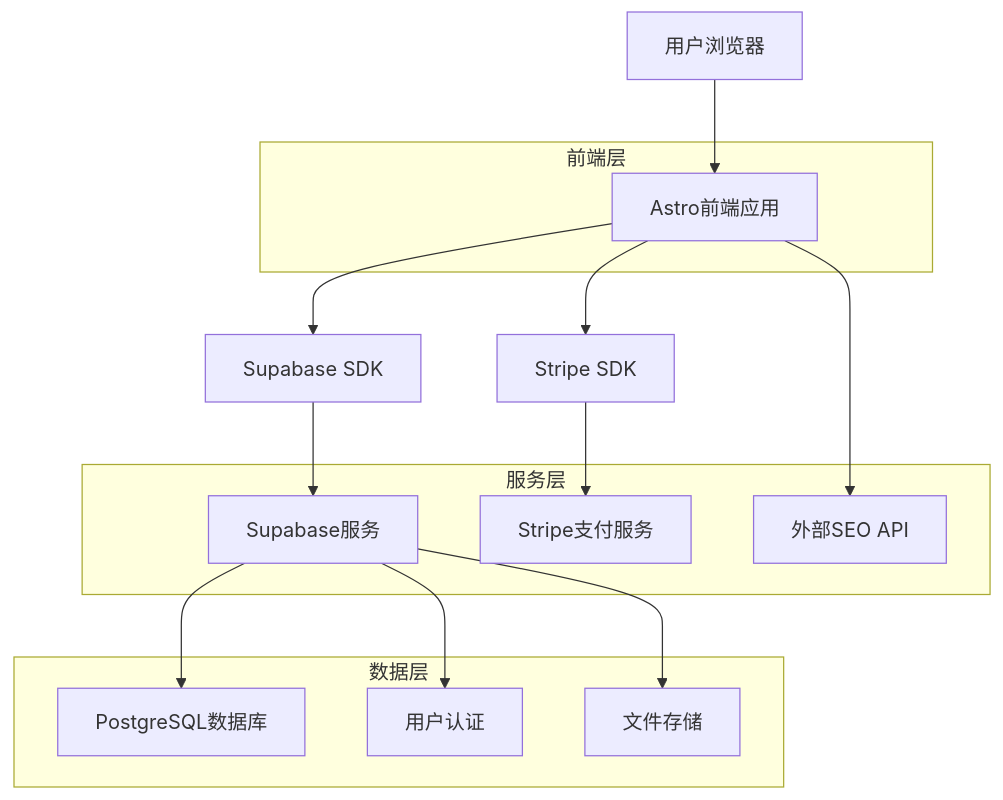
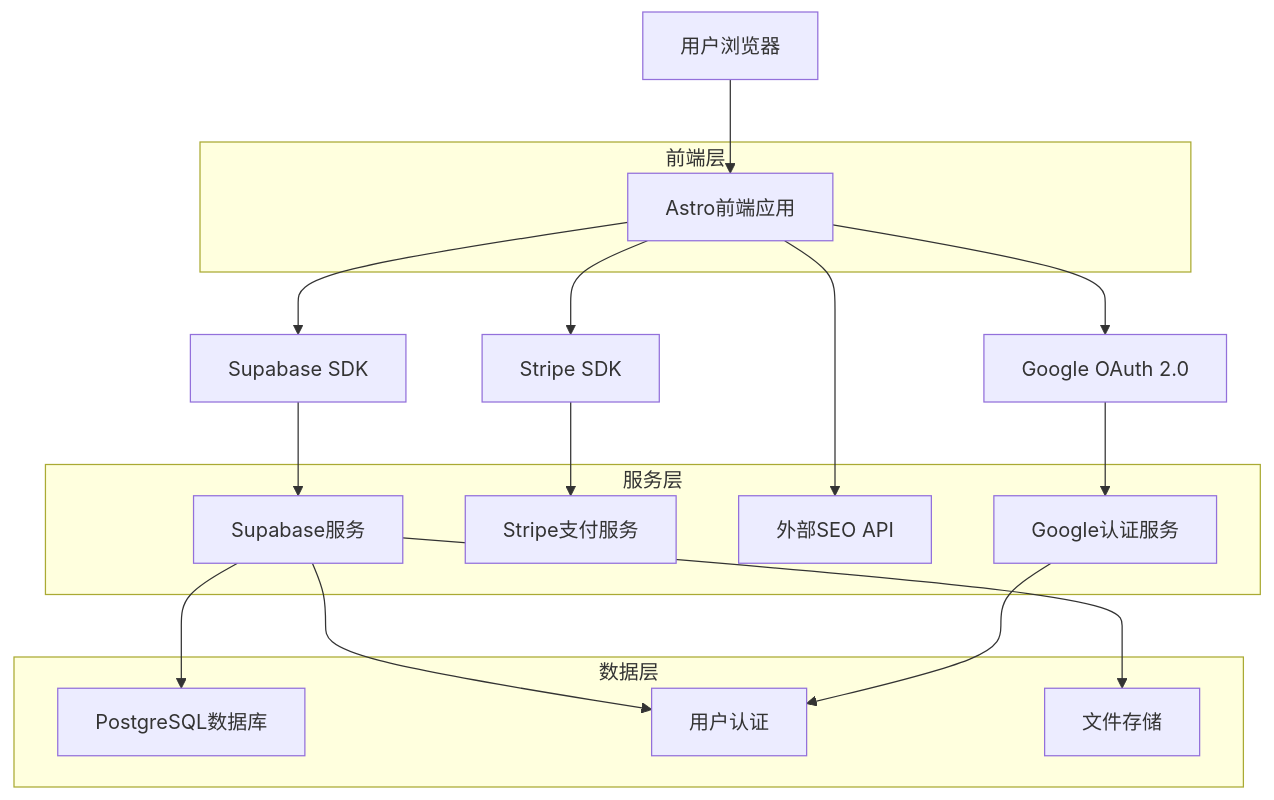
The first of 3 diagrams in .trae/documents/BacklinksBuilder_Technical_Architecture.md (wangdefou404/BacklinksBuilder), drawn with Mermaid before and after one commit. The commit also changed other lines of this file and 46 other files, not shown here.

````diff
--- a/.trae/documents/BacklinksBuilder_Technical_Architecture.md
+++ b/.trae/documents/BacklinksBuilder_Technical_Architecture.md
@@ -5,29 +5,33 @@
 ```mermaid
 graph TD
     A[用户浏览器] --> B[Astro前端应用]
     B --> C[Supabase SDK]
     C --> D[Supabase服务]
     B --> E[Stripe SDK]
     E --> F[Stripe支付服务]
     B --> G[外部SEO API]
+    B --> H[Google OAuth 2.0]
+    H --> I[Google认证服务]
     
     subgraph "前端层"
         B
     end
     
     subgraph "服务层"
         D
         F
         G
+        I
     end
     
     subgraph "数据层"
-        H[PostgreSQL数据库]
-        I[用户认证]
-        J[文件存储]
+        J[PostgreSQL数据库]
+        K[用户认证]
+        L[文件存储]
     end
     
-    D --> H
-    D --> I
     D --> J
+    D --> K
+    D --> L
+    I --> K
 ```
````
